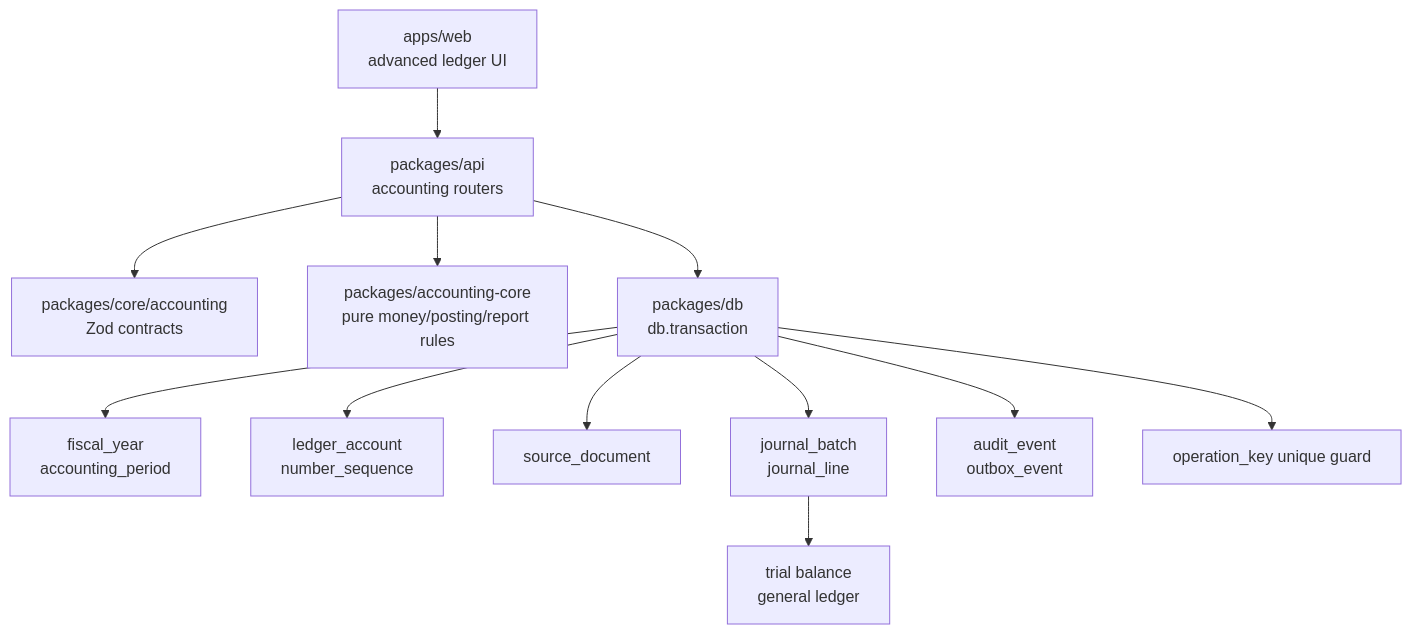
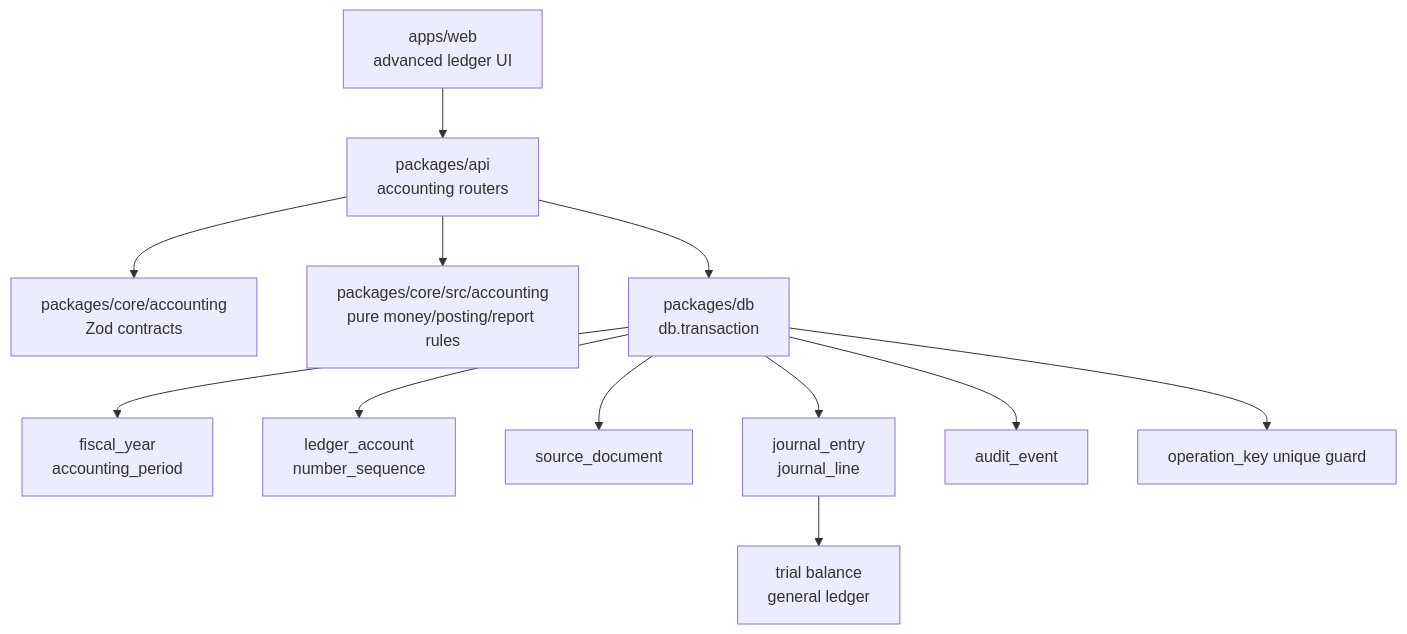
The first of 2 diagrams in docs/superpowers/plans/2026-06-16-phase-01-accounting-kernel-implementation-plan.md (isherbuilds/edernal-books), drawn with Mermaid before and after one commit. The commit also changed other lines of this file and 110 other files, not shown here.

````diff
--- a/docs/superpowers/plans/2026-06-16-phase-01-accounting-kernel-implementation-plan.md
+++ b/docs/superpowers/plans/2026-06-16-phase-01-accounting-kernel-implementation-plan.md
@@ -17,14 +53,14 @@
 ```mermaid
 flowchart TD
   Web["apps/web<br/>advanced ledger UI"] --> API["packages/api<br/>accounting routers"]
   API --> Contracts["packages/core/accounting<br/>Zod contracts"]
-  API --> Rules["packages/accounting-core<br/>pure money/posting/report rules"]
+  API --> Rules["packages/core/src/accounting<br/>pure money/posting/report rules"]
   API --> TX["packages/db<br/>db.transaction"]
   TX --> Periods["fiscal_year<br/>accounting_period"]
   TX --> Accounts["ledger_account<br/>number_sequence"]
   TX --> Source["source_document"]
-  TX --> Journal["journal_batch<br/>journal_line"]
-  TX --> Events["audit_event<br/>outbox_event"]
+  TX --> Journal["journal_entry<br/>journal_line"]
+  TX --> Events["audit_event"]
   TX --> OperationKey["operation_key unique guard"]
   Journal --> Reports["trial balance<br/>general ledger"]
 ```
````
